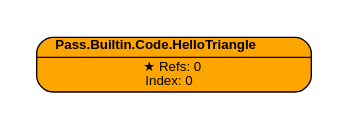
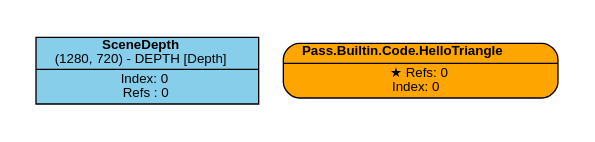
One commit to Pikachuxxxx/Razix changed the diagram in Engine/content/FrameGraphs/data_driven_editor_test.dot. Above: the diagram before and after it, drawn with Graphviz. The commit also changed 7 other files, not shown here.

```diff
--- a/Engine/content/FrameGraphs/data_driven_editor_test.dot
+++ b/Engine/content/FrameGraphs/data_driven_editor_test.dot
@@ -1,20 +1,22 @@
 digraph FrameGraph {
 graph [style=invis, rankdir="TB" ordering=out, splines=spline]
 node [shape=record, fontname="helvetica", fontsize=10, margin="0.2,0.03"]
 
 P0 [label=<{ {<B>Pass.Builtin.Code.HelloTriangle</B>} | {&#x2605; Refs: 0<BR/> Index: 0} }> style="rounded,filled", fillcolor=orange]
 
+R0_1 [label=<{ {<B>SceneDepth</B><BR/>(1280, 720) - DEPTH [Depth]} | {Index: 0<BR/>Refs : 0} }> style=filled, fillcolor=skyblue]
 
 P0 -> { } [color=orangered]
 
+R0_1 -> { } [color=olivedrab3]
 
 subgraph cluster_0 {
-P0 
+P0 R0_1 
 }
 
 subgraph cluster_imported_resources {
 graph [style=dotted, fontname="helvetica", label=< <B>Imported</B> >]
 
 }
 
 }
```
